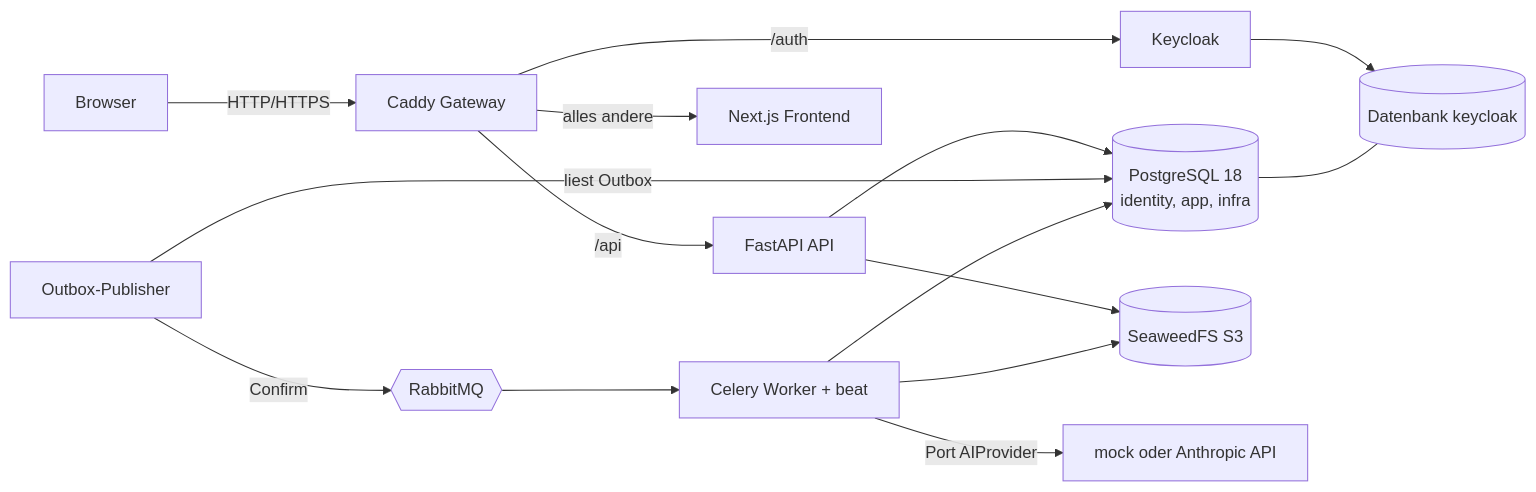
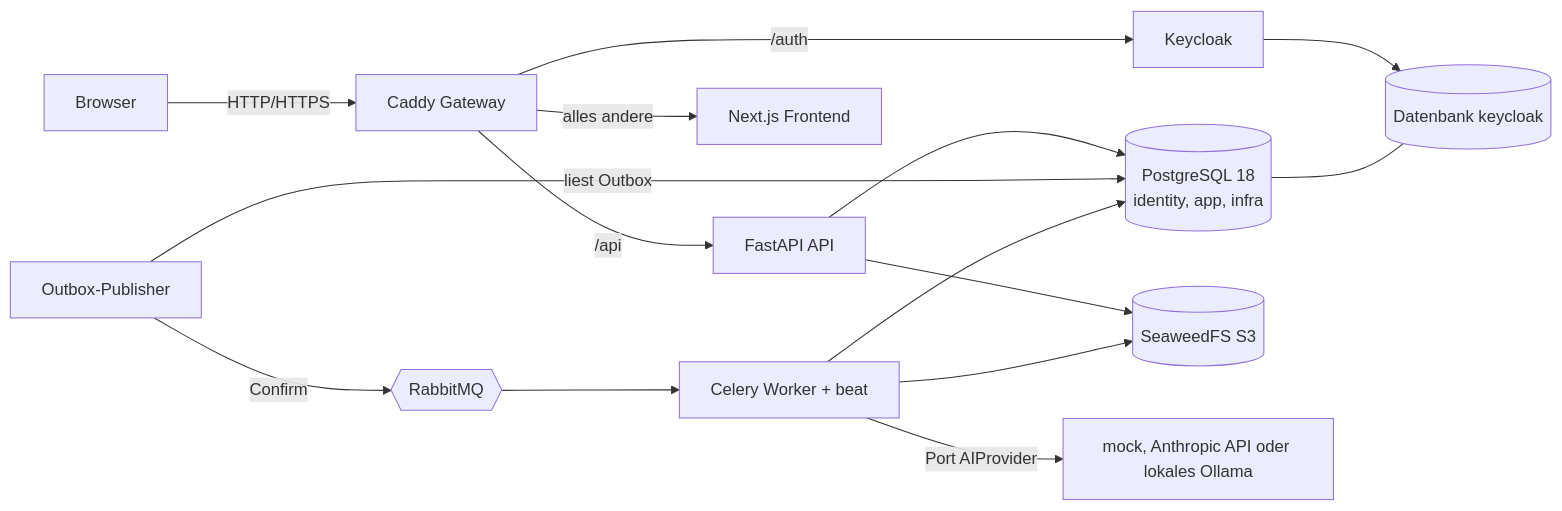
One commit to 1uedev/product changed the diagram in docs/architecture/overview.md. Above: the diagram before and after it, drawn with Mermaid. The commit also changed 34 other files, not shown here.

````diff
--- a/docs/architecture/overview.md
+++ b/docs/architecture/overview.md
@@ -5,17 +5,17 @@
 ```mermaid
 flowchart LR
     B[Browser] -->|HTTP/HTTPS| G[Caddy Gateway]
     G -->|/api| API[FastAPI API]
     G -->|/auth| KC[Keycloak]
     G -->|alles andere| FE[Next.js Frontend]
     API --> PG[(PostgreSQL 18<br/>identity, app, infra)]
     API --> S3[(SeaweedFS S3)]
     KC --> PGK[(Datenbank keycloak)]
     PG --- PGK
     OP[Outbox-Publisher] -->|liest Outbox| PG
     OP -->|Confirm| MQ{{RabbitMQ}}
     MQ --> W[Celery Worker + beat]
     W --> PG
     W --> S3
-    W -->|Port AIProvider| AI[mock oder Anthropic API]
+    W -->|Port AIProvider| AI[mock, Anthropic API oder lokales Ollama]
 ```
````
